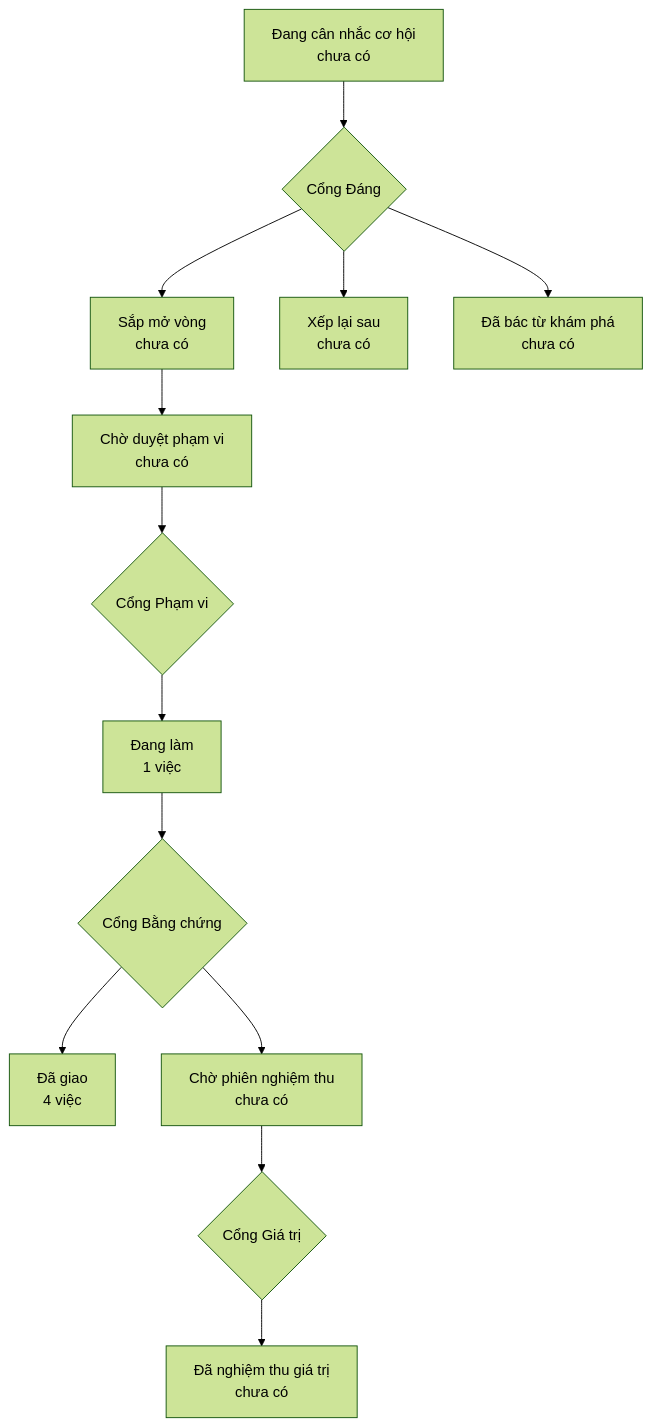
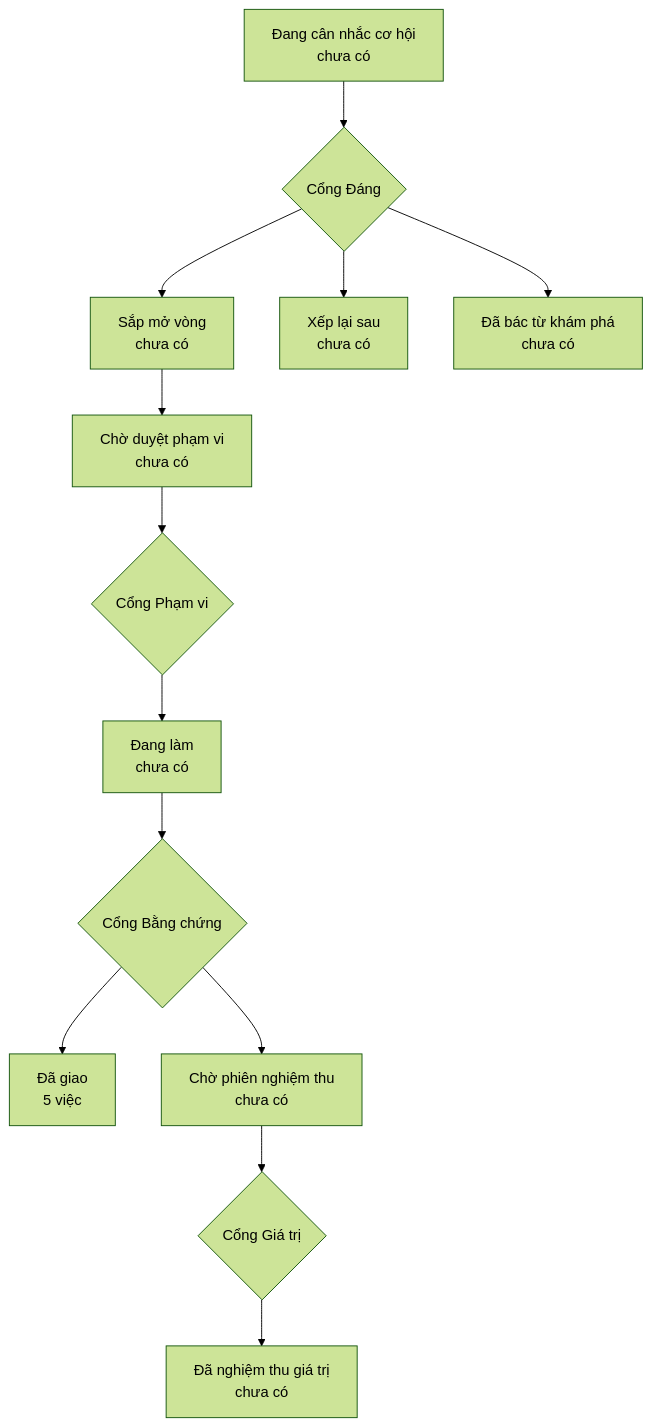
Before and after one commit to phanlemanh/onehub-invest: the diagram in PRODUCT-MAP.md, drawn with Mermaid (forest theme). The commit also changed other lines of this file and 4 other files, not shown here.

````diff
--- a/PRODUCT-MAP.md
+++ b/PRODUCT-MAP.md
@@ -6,12 +6,12 @@
 ```mermaid
 flowchart TD
   A["Đang cân nhắc cơ hội<br/>chưa có"] --> GD{"Cổng Đáng"}
   GD --> B["Sắp mở vòng<br/>chưa có"]
   GD --> XL["Xếp lại sau<br/>chưa có"]
   GD --> DB["Đã bác từ khám phá<br/>chưa có"]
   B --> CD["Chờ duyệt phạm vi<br/>chưa có"] --> GP{"Cổng Phạm vi"}
-  GP --> DL["Đang làm<br/>1 việc"] --> GB{"Cổng Bằng chứng"}
-  GB --> DG["Đã giao<br/>4 việc"]
+  GP --> DL["Đang làm<br/>chưa có"] --> GB{"Cổng Bằng chứng"}
+  GB --> DG["Đã giao<br/>5 việc"]
   GB --> CN["Chờ phiên nghiệm thu<br/>chưa có"] --> GG{"Cổng Giá trị"}
   GG --> NT["Đã nghiệm thu giá trị<br/>chưa có"]
 ```
````
